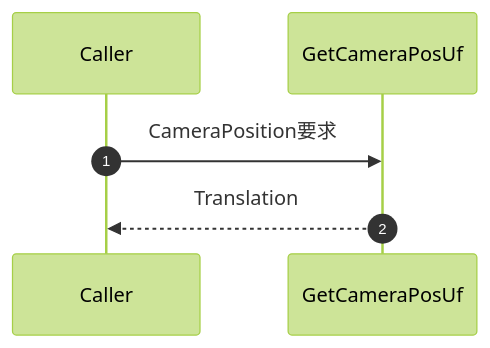
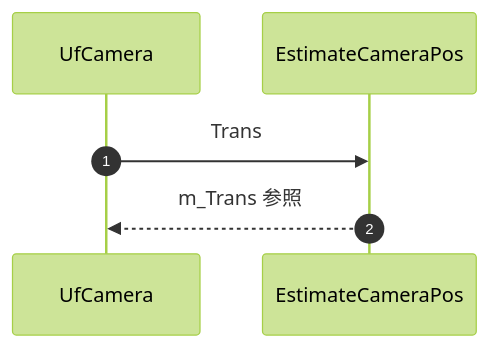
Before and after one commit to HottaTakayuki/ColorAlignmentSoftware: the sixth of 6 diagrams in docs/UfCamera_詳細設計書/08_メソッド仕様/08-6_EstimateCameraPos連携メンバ.md, drawn with Mermaid (forest theme). The commit also changed other lines of this file and 13 other files, not shown here.

````diff
--- a/docs/UfCamera_詳細設計書/08_メソッド仕様/08-6_EstimateCameraPos連携メンバ.md
+++ b/docs/UfCamera_詳細設計書/08_メソッド仕様/08-6_EstimateCameraPos連携メンバ.md
@@ -166,8 +372,9 @@
 ```mermaid
 sequenceDiagram
-	autonumber
-	participant CALLER as Caller
-	participant UF as GetCameraPosUf
-	CALLER->>UF: CameraPosition要求
-	UF-->>CALLER: Translation
+    autonumber
+    participant CALLER as UfCamera
+    participant E as EstimateCameraPos
+
+    CALLER->>E: Trans
+    E-->>CALLER: m_Trans 参照
 ```
````
